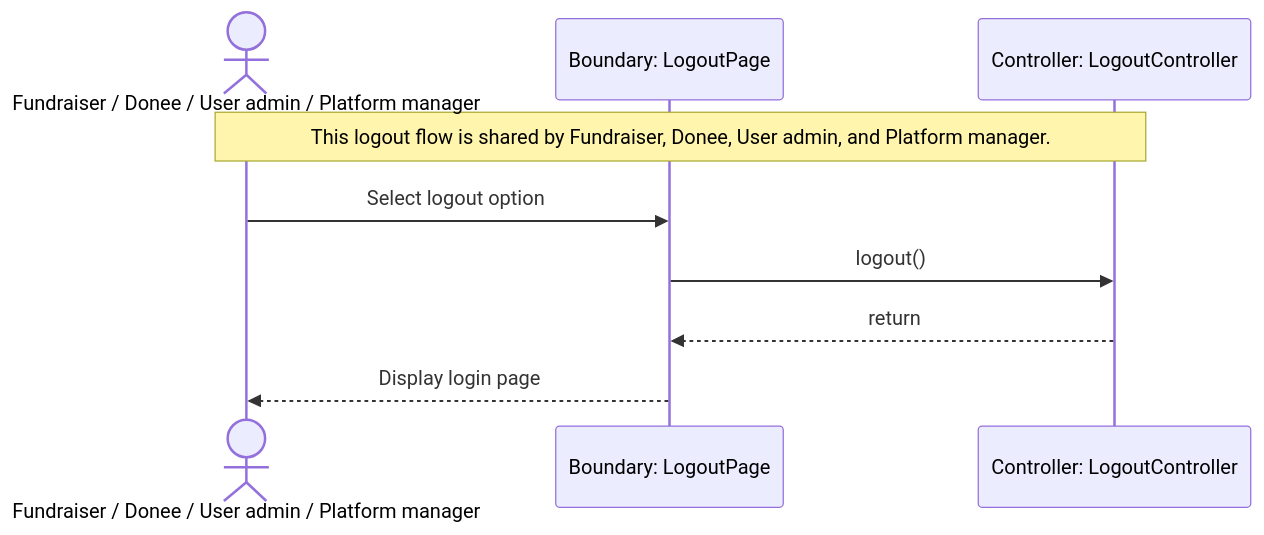
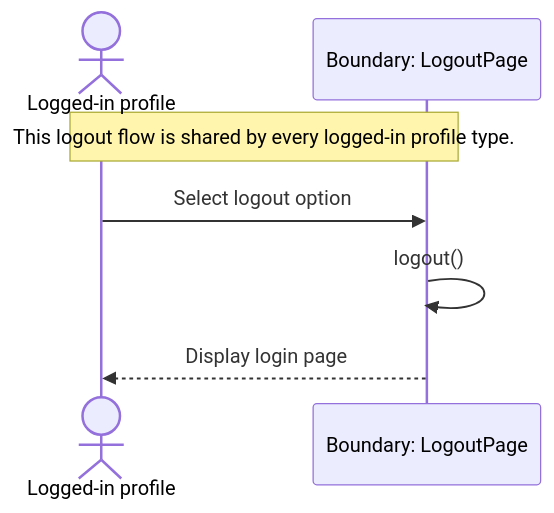
Before and after one commit to JSL124/SDM-project: the diagram in docs/logout/sequence-diagram.md, drawn with Mermaid. The commit also changed other lines of this file and 86 other files, not shown here.

Commit message:
Simplified Version (Creating Profile/Account, Login/Logout)

````diff
--- a/docs/logout/sequence-diagram.md
+++ b/docs/logout/sequence-diagram.md
@@ -3,13 +3,11 @@
 ```mermaid
 sequenceDiagram
-    actor User as Fundraiser / Donee / User admin / Platform manager
+    actor UserProfile as Logged-in profile
     participant LogoutPage as Boundary: LogoutPage
-    participant LogoutController as Controller: LogoutController
 
-    Note over User,LogoutController: This logout flow is shared by Fundraiser, Donee, User admin, and Platform manager.
+    Note over UserProfile,LogoutPage: This logout flow is shared by every logged-in profile type.
 
-    User->>LogoutPage: Select logout option
-    LogoutPage->>LogoutController: logout()
-    LogoutController-->>LogoutPage: return
-    LogoutPage-->>User: Display login page
+    UserProfile->>LogoutPage: Select logout option
+    LogoutPage->>LogoutPage: logout()
+    LogoutPage-->>UserProfile: Display login page
 ```
````
